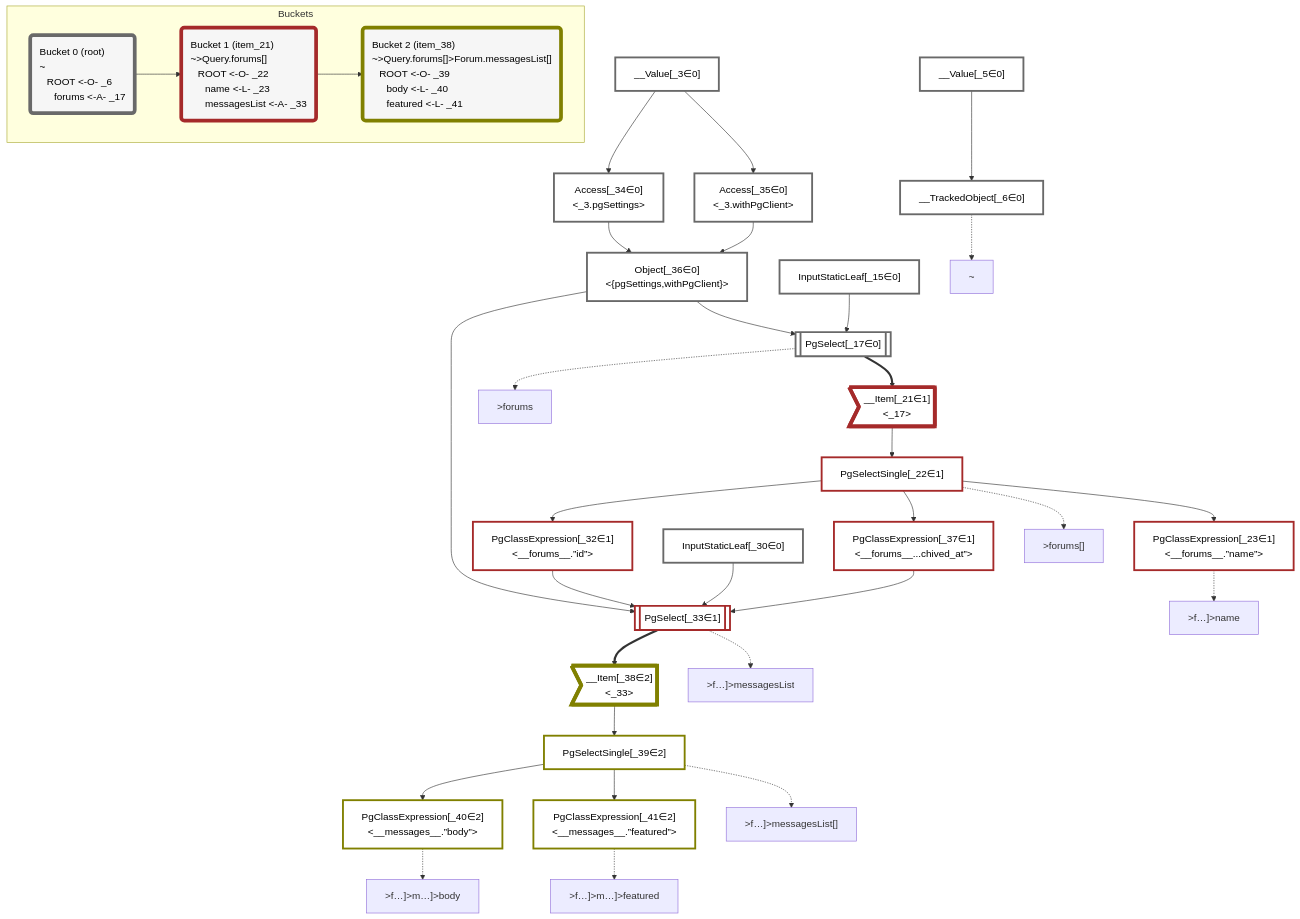
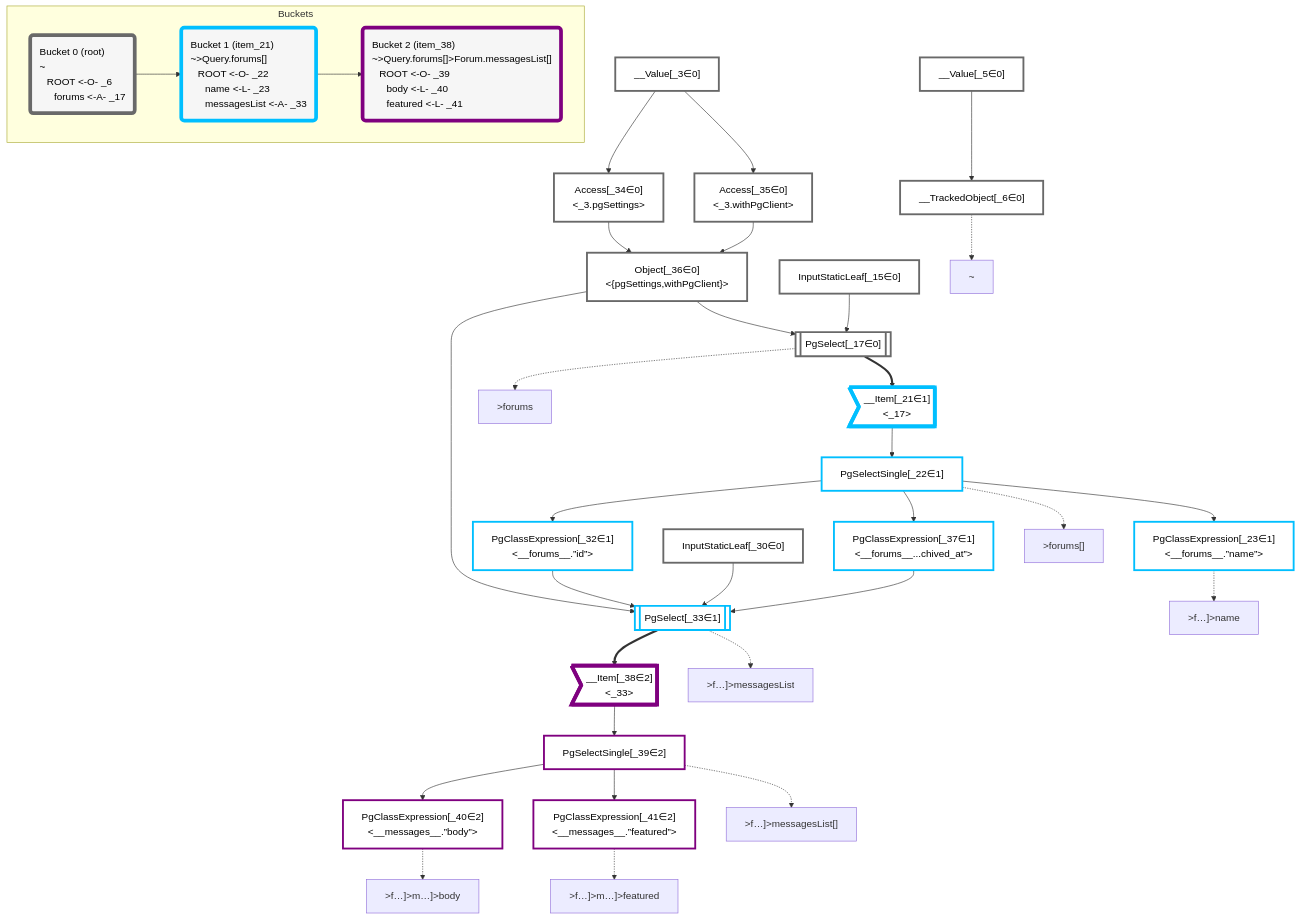
One commit to graphile/crystal changed the diagram in packages/dataplan-pg/__tests__/queries/conditions/complex-filter.deopt.mermaid.md. Above: the diagram before and after it, drawn with Mermaid. The commit also changed 157 other files, not shown here.

````diff
--- a/packages/dataplan-pg/__tests__/queries/conditions/complex-filter.deopt.mermaid.md
+++ b/packages/dataplan-pg/__tests__/queries/conditions/complex-filter.deopt.mermaid.md
@@ -71,19 +71,19 @@
     %% allocate buckets
     classDef bucket0 stroke:#696969
     class __Value_3,__Value_5,__TrackedObject_6,InputStaticLeaf_15,PgSelect_17,InputStaticLeaf_30,Access_34,Access_35,Object_36 bucket0
-    classDef bucket1 stroke:#a52a2a
+    classDef bucket1 stroke:#00bfff
     class __Item_21,PgSelectSingle_22,PgClassExpression_23,PgClassExpression_32,PgSelect_33,PgClassExpression_37 bucket1
-    classDef bucket2 stroke:#808000
+    classDef bucket2 stroke:#7f007f
     class __Item_38,PgSelectSingle_39,PgClassExpression_40,PgClassExpression_41 bucket2
 
     subgraph Buckets
     Bucket0("Bucket 0 (root)<br />~<br />⠀ROOT <-O- _6<br />⠀⠀forums <-A- _17"):::bucket
     style Bucket0 stroke:#696969
     Bucket1("Bucket 1 (item_21)<br />~>Query.forums[]<br />⠀ROOT <-O- _22<br />⠀⠀name <-L- _23<br />⠀⠀messagesList <-A- _33"):::bucket
-    style Bucket1 stroke:#a52a2a
+    style Bucket1 stroke:#00bfff
     Bucket0 --> Bucket1
     Bucket2("Bucket 2 (item_38)<br />~>Query.forums[]>Forum.messagesList[]<br />⠀ROOT <-O- _39<br />⠀⠀body <-L- _40<br />⠀⠀featured <-L- _41"):::bucket
-    style Bucket2 stroke:#808000
+    style Bucket2 stroke:#7f007f
     Bucket1 --> Bucket2
     end
 ```
````
